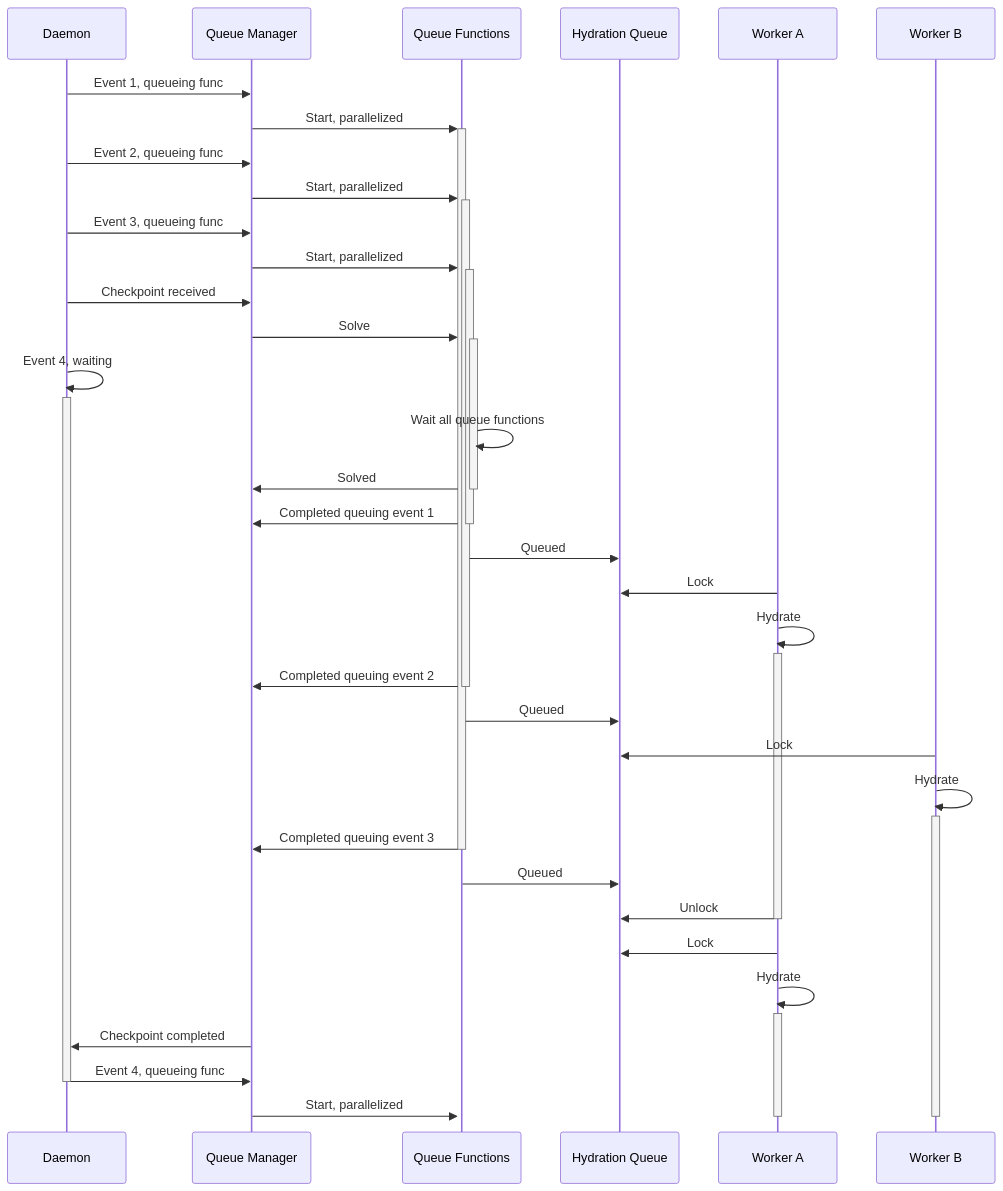
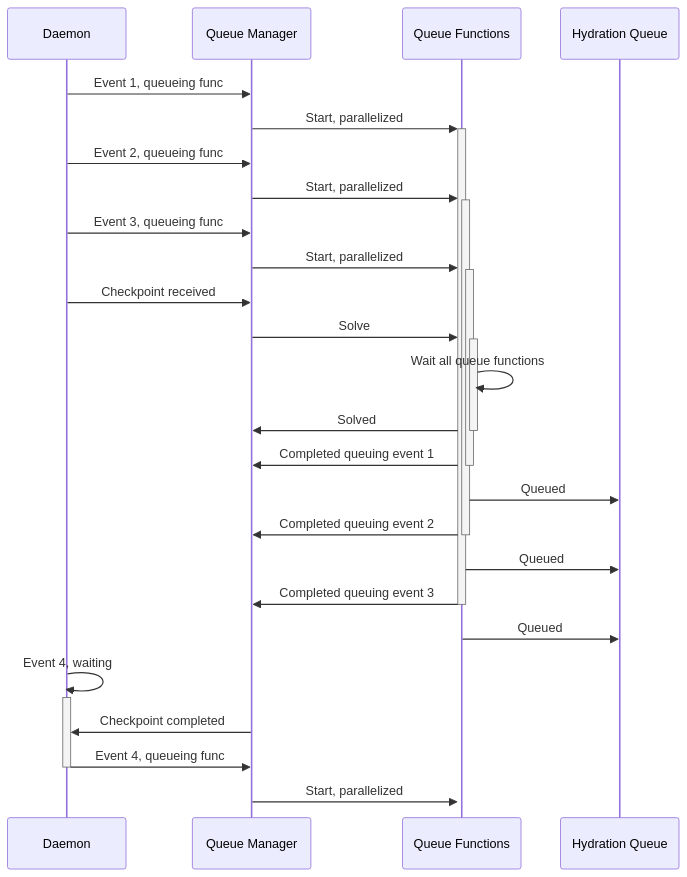
One commit to NVX-ai/nvx-consistent-api changed the second of 3 diagrams in docs/release-details/01-the-hive.md. Above: the diagram before and after it, drawn with Mermaid. The commit also changed other lines of this file, not shown here.

Commit message:
done with the docs

````diff
--- a/docs/release-details/01-the-hive.md
+++ b/docs/release-details/01-the-hive.md
@@ -38,39 +39,27 @@
 ```mermaid
 sequenceDiagram
   participant Daemon
   participant Queue Manager
   participant Queue Functions
   participant Hydration Queue
-  participant Worker A
-  participant Worker B
   Daemon->>Queue Manager:Event 1, queueing func
   Queue Manager->>+Queue Functions:Start, parallelized
   Daemon->>Queue Manager:Event 2, queueing func
   Queue Manager->>+Queue Functions:Start, parallelized
   Daemon->>Queue Manager:Event 3, queueing func
   Queue Manager->>+Queue Functions:Start, parallelized
   Daemon->>Queue Manager:Checkpoint received
   Queue Manager->>+Queue Functions:Solve
-  Daemon->>+Daemon:Event 4, waiting
   Queue Functions->>Queue Functions:Wait all queue functions
   Queue Functions->>-Queue Manager:Solved
   Queue Functions->>-Queue Manager:Completed queuing event 1
   Queue Functions->>Hydration Queue:Queued
-  Worker A->>Hydration Queue:Lock
-  Worker A->>+Worker A:Hydrate
   Queue Functions->>-Queue Manager:Completed queuing event 2
   Queue Functions->>Hydration Queue:Queued
-  Worker B->>Hydration Queue:Lock
-  Worker B->>+Worker B:Hydrate
   Queue Functions->>-Queue Manager:Completed queuing event 3
   Queue Functions->>Hydration Queue:Queued
-  Worker A->>Hydration Queue:Unlock
-  deactivate Worker A
-  Worker A->>Hydration Queue:Lock
-  Worker A->>+Worker A:Hydrate
+  Daemon->>+Daemon:Event 4, waiting
   Queue Manager->>Daemon:Checkpoint completed
   Daemon->>-Queue Manager:Event 4, queueing func
   Queue Manager->>+Queue Functions:Start, parallelized
-  deactivate Worker A
-  deactivate Worker B
 ```
````
